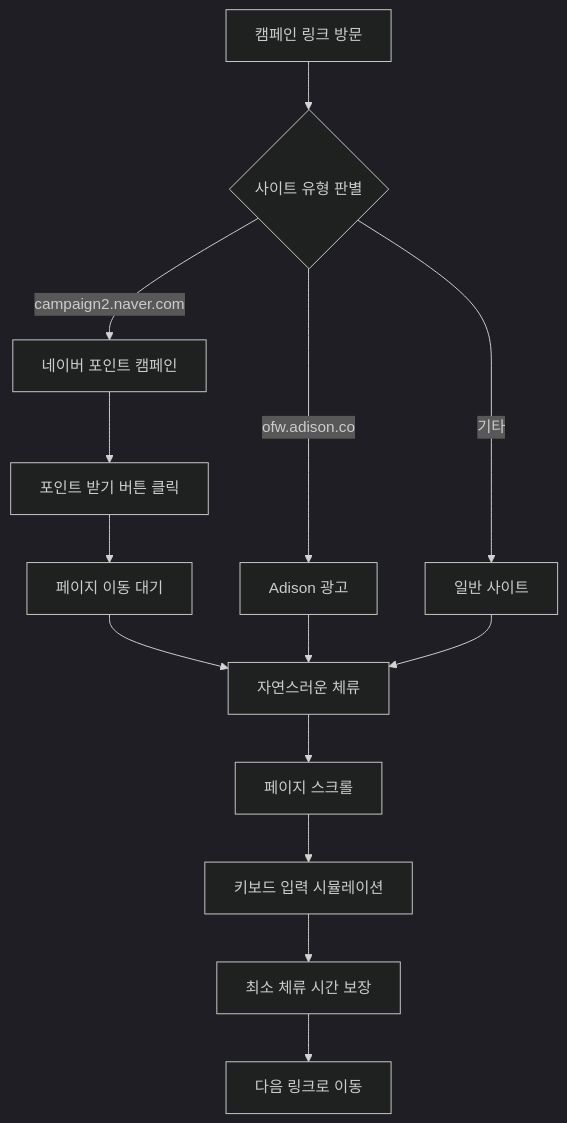
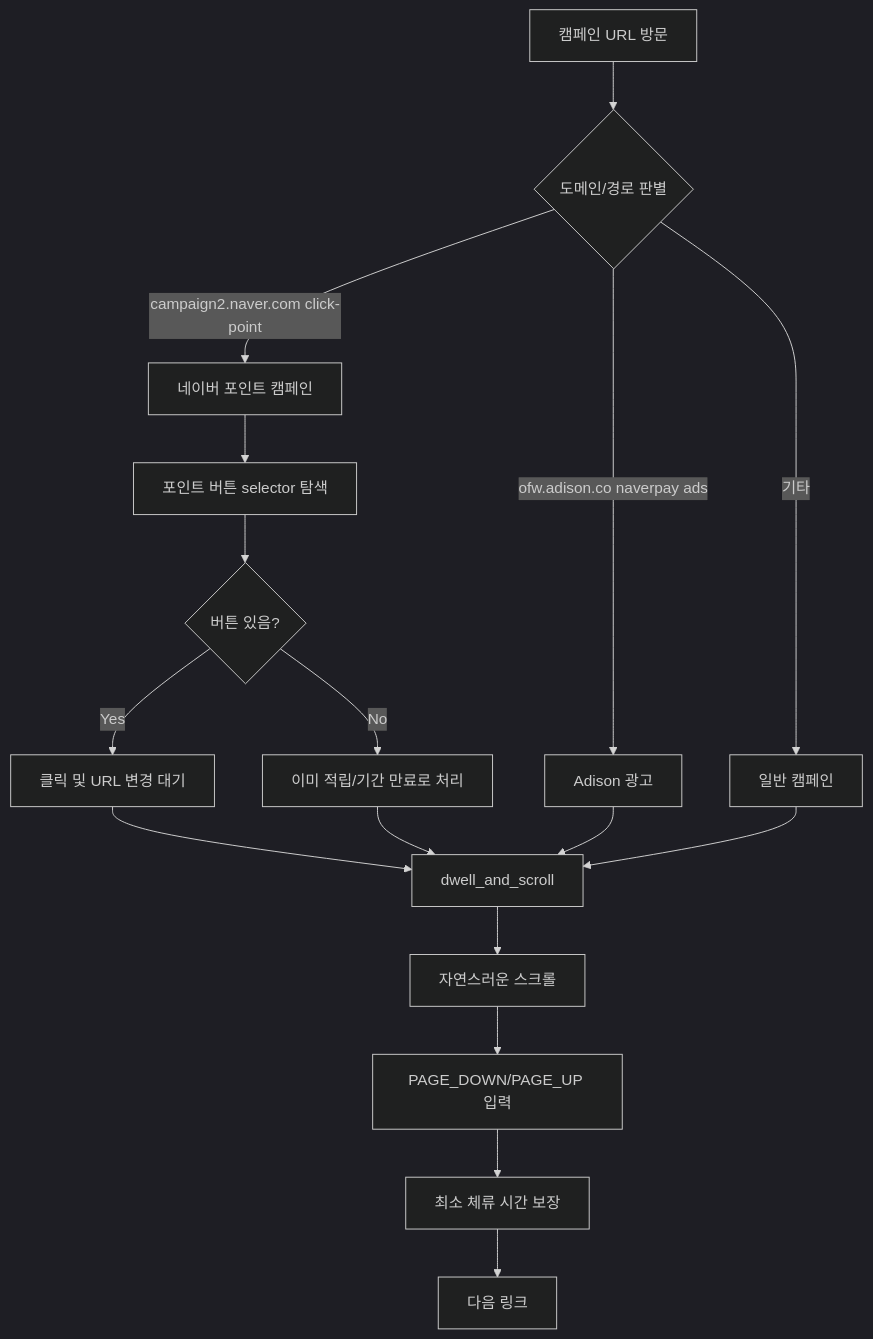
The seventh of 8 diagrams in architecture_diagram.md (CjHayato/ncc), drawn with Mermaid (dark theme) before and after one commit. The commit also changed other lines of this file, not shown here.

Commit message:
Update architecture documentation for profile sessions

````diff
--- a/architecture_diagram.md
+++ b/architecture_diagram.md
@@ -133,20 +224,22 @@
 ```mermaid
 graph TD
-    A[캠페인 링크 방문] --> B{사이트 유형 판별}
-    
-    B -->|campaign2.naver.com| C[네이버 포인트 캠페인]
-    B -->|ofw.adison.co| D[Adison 광고]
-    B -->|기타| E[일반 사이트]
-    
-    C --> C1[포인트 받기 버튼 클릭]
-    C1 --> C2[페이지 이동 대기]
-    C2 --> F[자연스러운 체류]
-    
+    A[캠페인 URL 방문] --> B{도메인/경로 판별}
+    B -->|campaign2.naver.com click-point| C[네이버 포인트 캠페인]
+    B -->|ofw.adison.co naverpay ads| D[Adison 광고]
+    B -->|기타| E[일반 캠페인]
+
+    C --> C1[포인트 버튼 selector 탐색]
+    C1 --> C2{버튼 있음?}
+    C2 -->|Yes| C3[클릭 및 URL 변경 대기]
+    C2 -->|No| C4[이미 적립/기간 만료로 처리]
+
+    C3 --> F[dwell_and_scroll]
+    C4 --> F
     D --> F
     E --> F
-    
-    F --> F1[페이지 스크롤]
-    F1 --> F2[키보드 입력 시뮬레이션]
-    F2 --> F3[최소 체류 시간 보장]
-    F3 --> G[다음 링크로 이동]
+
+    F --> G[자연스러운 스크롤]
+    G --> H[PAGE_DOWN/PAGE_UP 입력]
+    H --> I[최소 체류 시간 보장]
+    I --> J[다음 링크]
 ```
````
